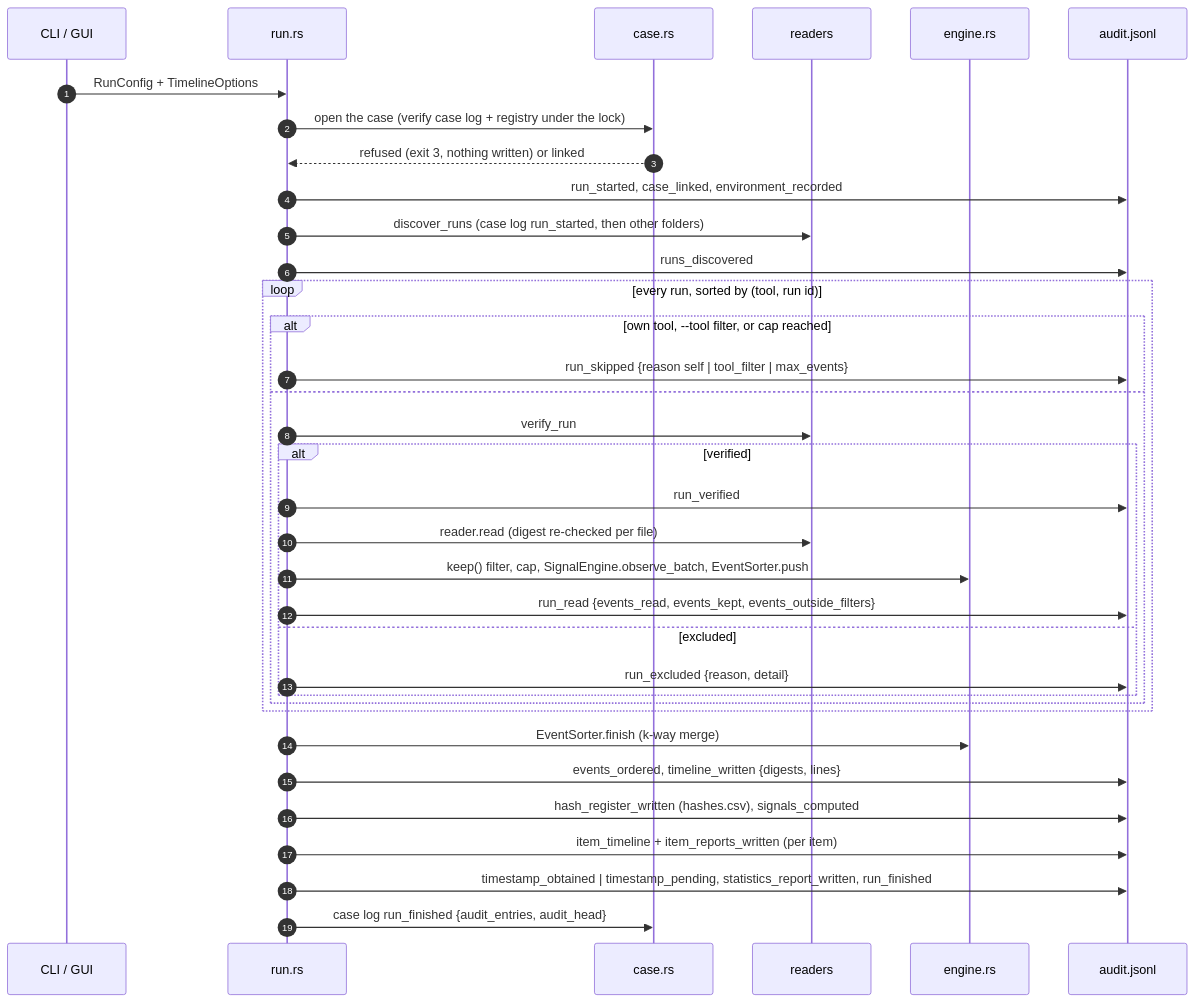
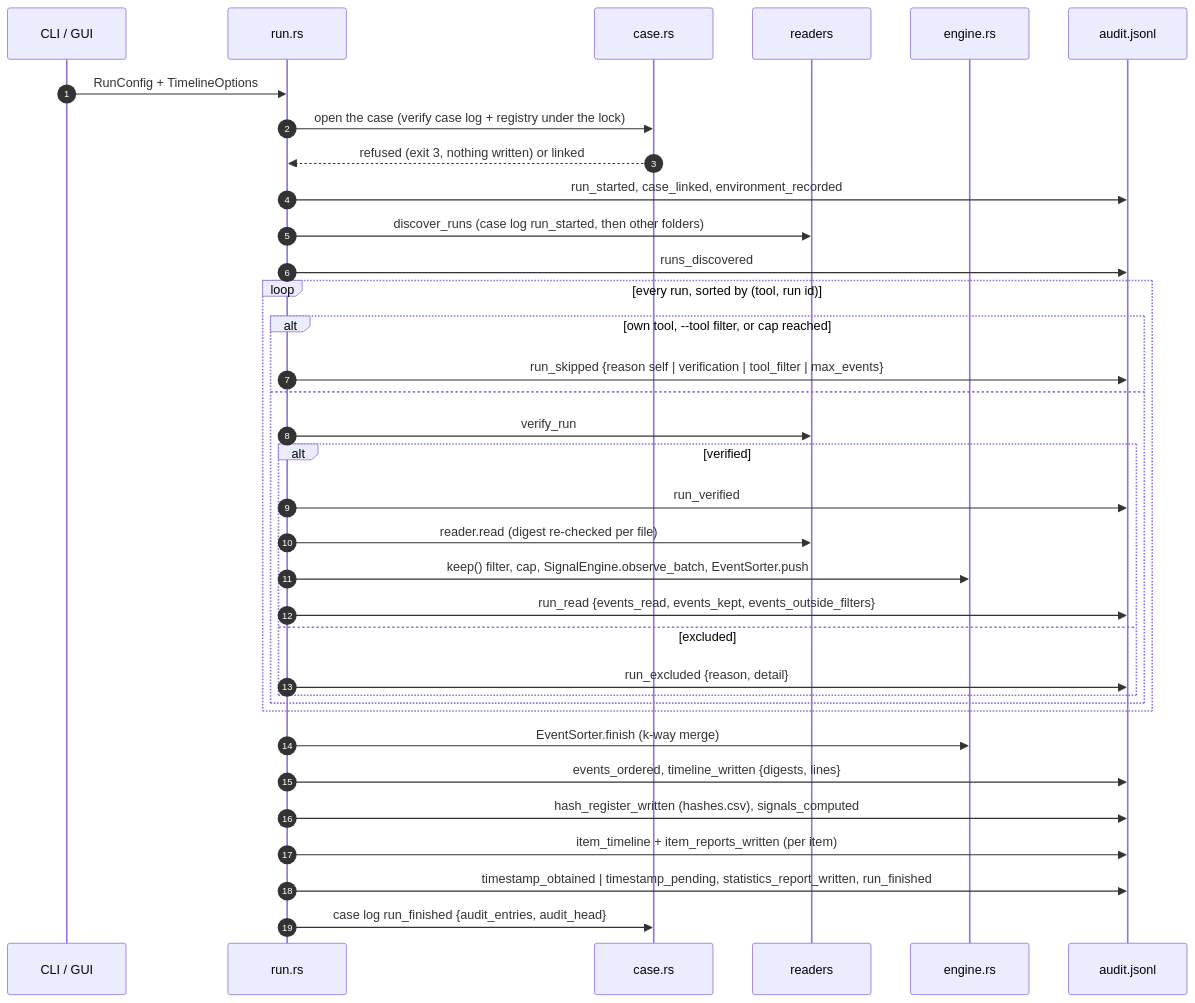
Before and after one commit to Panacota96/rv-timeline: the fourth of 10 diagrams in docs/theory.md, drawn with Mermaid. The commit also changed 7 other files, not shown here.

````diff
--- a/docs/theory.md
+++ b/docs/theory.md
@@ -206,37 +206,37 @@
 ```mermaid
 sequenceDiagram
     autonumber
     participant CLI as CLI / GUI
     participant R as run.rs
     participant C as case.rs
     participant RD as readers
     participant E as engine.rs
     participant L as audit.jsonl
     CLI->>R: RunConfig + TimelineOptions
     R->>C: open the case (verify case log + registry under the lock)
     C-->>R: refused (exit 3, nothing written) or linked
     R->>L: run_started, case_linked, environment_recorded
     R->>RD: discover_runs (case log run_started, then other folders)
     R->>L: runs_discovered
     loop every run, sorted by (tool, run id)
         alt own tool, --tool filter, or cap reached
-            R->>L: run_skipped {reason self | tool_filter | max_events}
+            R->>L: run_skipped {reason self | verification | tool_filter | max_events}
         else
             R->>RD: verify_run
             alt verified
                 R->>L: run_verified
                 R->>RD: reader.read (digest re-checked per file)
                 R->>E: keep() filter, cap, SignalEngine.observe_batch, EventSorter.push
                 R->>L: run_read {events_read, events_kept, events_outside_filters}
             else excluded
                 R->>L: run_excluded {reason, detail}
             end
         end
     end
     R->>E: EventSorter.finish (k-way merge)
     R->>L: events_ordered, timeline_written {digests, lines}
     R->>L: hash_register_written (hashes.csv), signals_computed
     R->>L: item_timeline + item_reports_written (per item)
     R->>L: timestamp_obtained | timestamp_pending, statistics_report_written, run_finished
     R->>C: case log run_finished {audit_entries, audit_head}
 ```
````
